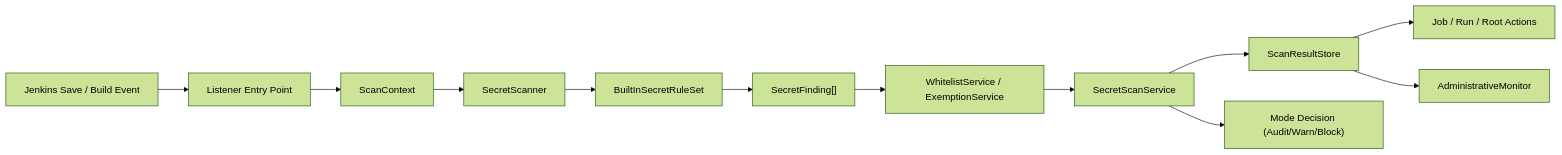
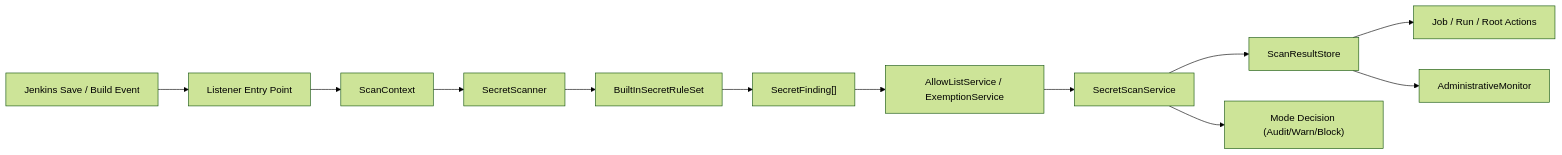
One commit to jenkinsci/secret-guard-plugin changed the diagram in docs/architecture.md. Above: the diagram before and after it, drawn with Mermaid (forest theme). The commit also changed other lines of this file and 10 other files, not shown here.

Commit message:
Rename whitelist terminology to allowList

````diff
--- a/docs/architecture.md
+++ b/docs/architecture.md
@@ -23,14 +23,14 @@
 ```mermaid
 flowchart LR
     A["Jenkins Save / Build Event"] --> B["Listener Entry Point"]
     B --> C["ScanContext"]
     C --> D["SecretScanner"]
     D --> E["BuiltInSecretRuleSet"]
     E --> F["SecretFinding[]"]
-    F --> G["WhitelistService / ExemptionService"]
+    F --> G["AllowListService / ExemptionService"]
     G --> H["SecretScanService"]
     H --> I["ScanResultStore"]
     H --> J["Mode Decision (Audit/Warn/Block)"]
     I --> K["Job / Run / Root Actions"]
     I --> L["AdministrativeMonitor"]
 ```
````
